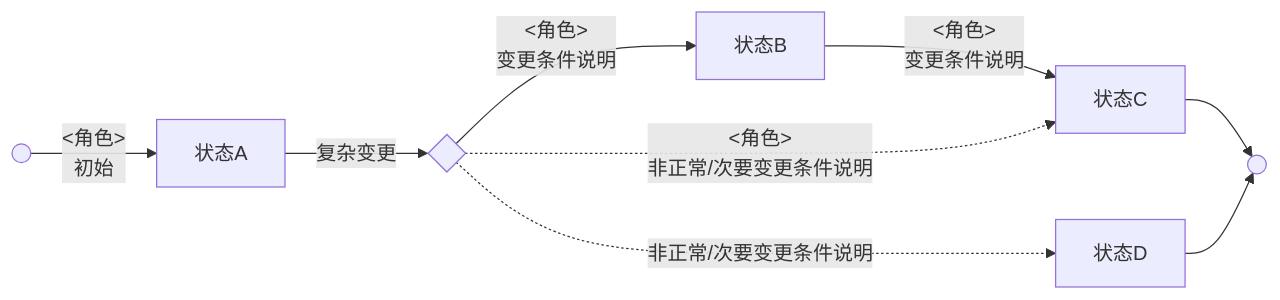
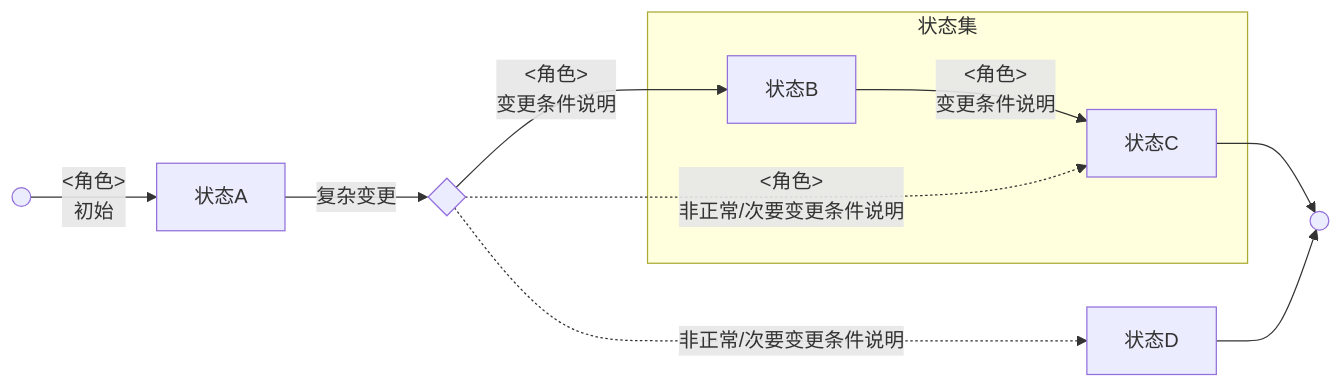
The fourth of 5 diagrams in released/demo/guide.md (MadMaxChow/VLOOK), drawn with Mermaid before and after one commit. The commit also changed other lines of this file and 96 other files, not shown here.

````diff
--- a/released/demo/guide.md
+++ b/released/demo/guide.md
@@ -1717,18 +2096,20 @@
 ```mermaid
 graph LR
-%% 流程图走方说明
+%% 图的方向说明
 %% LR：从左到图，RL：从右到左，TB：从上到下，BT：从下到上
 
 %% 正常情况
 INIT(( )) -->	|<角色><br>初始|A[状态A]
-A --> |复杂变更|fork1{ }
-fork1 --> |<角色><br>变更条件说明|B[状态B]
-B --> |<角色><br>变更条件说明|C[状态C]
+A --> |复杂变更|trans1{ }
+trans1 --> |<角色><br>变更条件说明|B[状态B]
+subgraph 状态集
+	B --> |<角色><br>变更条件说明|C[状态C]
+end
 C --> FINAL
 
 %% 异常情况
-fork1 -.-> |<角色><br>非正常/次要变更条件说明|C
-fork1 -.-> |非正常/次要变更条件说明|D[状态D]
+trans1 -.-> |<角色><br>非正常/次要变更条件说明|C
+trans1 -.-> |非正常/次要变更条件说明|D[状态D]
 D --> FINAL
 FINAL(( ))
 ```
````
